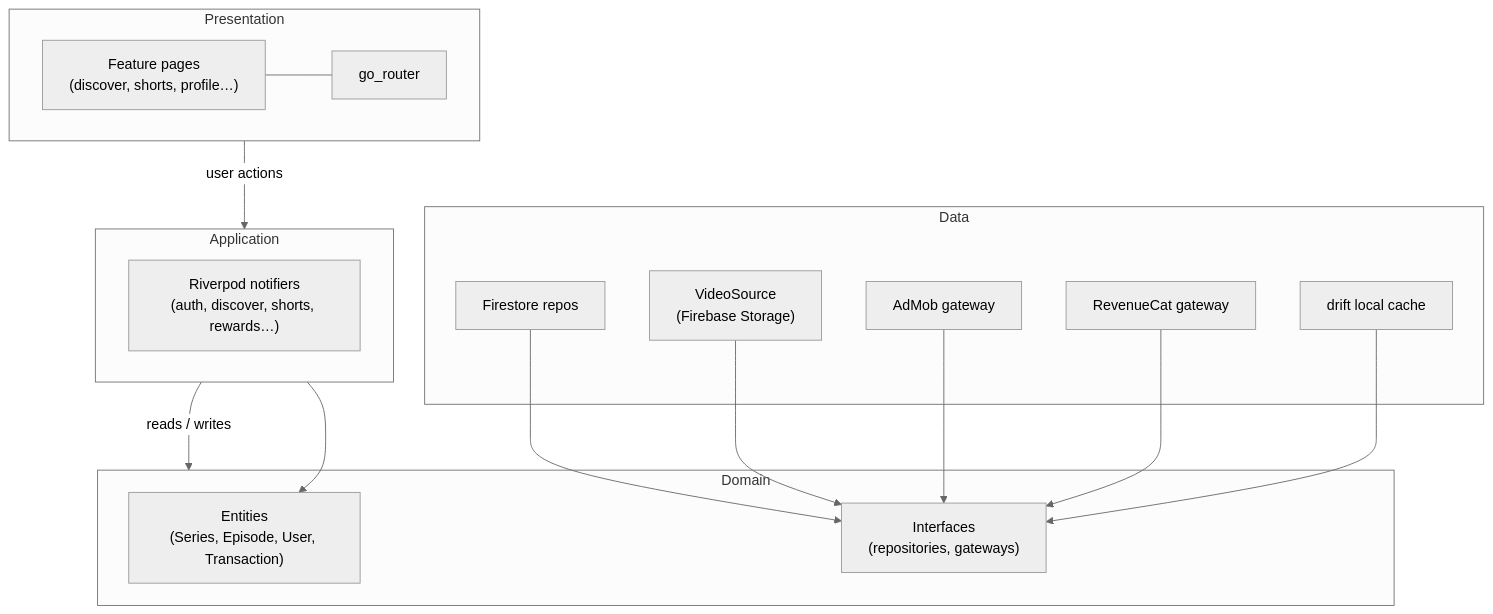
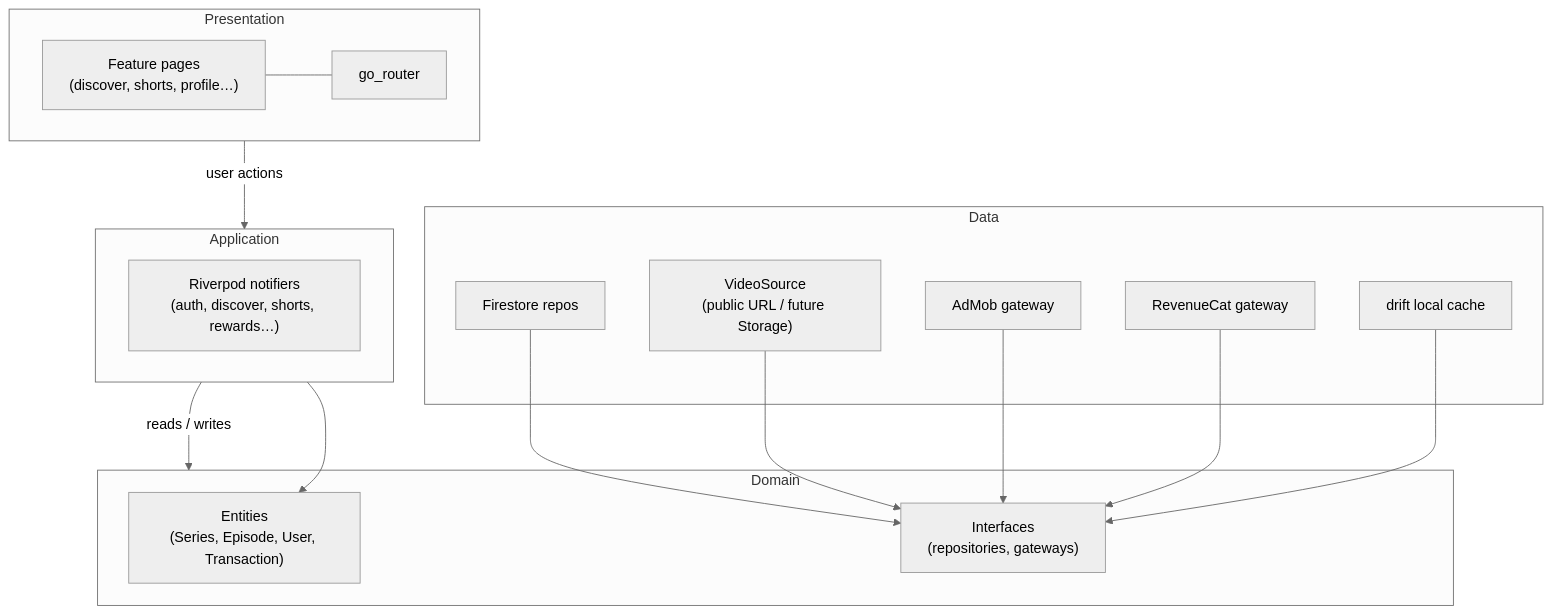
Before and after one commit to delevski/ShortiGo: the second of 9 diagrams in README.md, drawn with Mermaid (neutral theme). The commit also changed other lines of this file and 15 other files, not shown here.

````diff
--- a/README.md
+++ b/README.md
@@ -124,34 +119,34 @@
 ```mermaid
 flowchart TB
   subgraph Presentation["Presentation"]
     Pages["Feature pages\n(discover, shorts, profile…)"]
     Router["go_router"]
     Pages --- Router
   end
 
   subgraph Application["Application"]
     Notifiers["Riverpod notifiers\n(auth, discover, shorts, rewards…)"]
   end
 
   subgraph Domain["Domain"]
     Entities["Entities\n(Series, Episode, User, Transaction)"]
     Ifaces["Interfaces\n(repositories, gateways)"]
   end
 
   subgraph Data["Data"]
     Firestore["Firestore repos"]
-    VideoSrc["VideoSource\n(Firebase Storage)"]
+    VideoSrc["VideoSource\n(public URL / future Storage)"]
     Ads["AdMob gateway"]
     IAP["RevenueCat gateway"]
     Drift["drift local cache"]
   end
 
   Presentation -->|"user actions"| Application
   Application -->|"reads / writes"| Domain
   Firestore --> Ifaces
   VideoSrc --> Ifaces
   Ads --> Ifaces
   IAP --> Ifaces
   Drift --> Ifaces
   Application --> Entities
 ```
````
